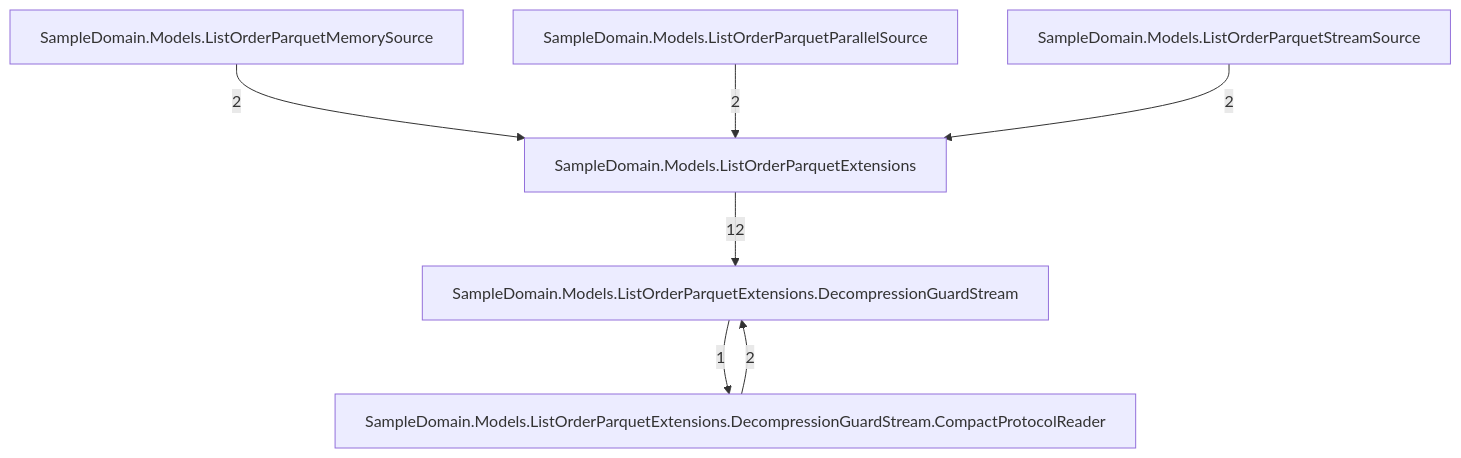
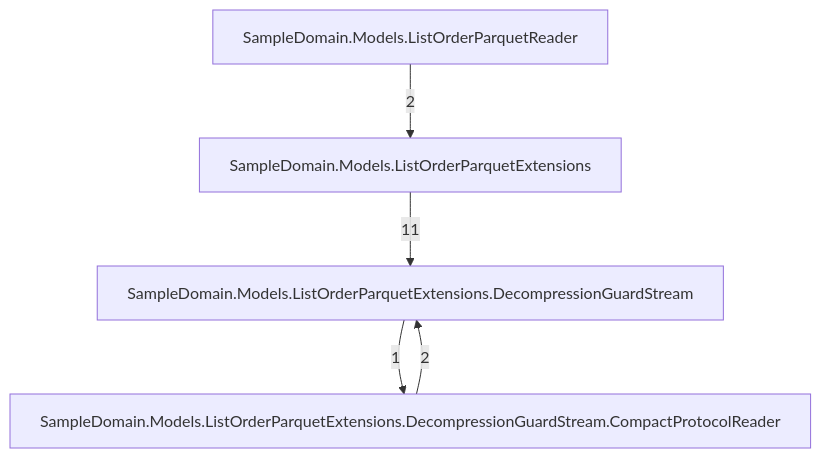
The second of 7 diagrams in docs/callgraph-generated.md (rtkelly13/Parquet.SourceGenerator), drawn with Mermaid before and after one commit. The commit also changed other lines of this file and 103 other files, not shown here.

````diff
--- a/docs/callgraph-generated.md
+++ b/docs/callgraph-generated.md
@@ -24,15 +24,11 @@
 ```mermaid
 graph TD
     tsampledomainmodelslistorderparquetextensions_046["SampleDomain.Models.ListOrderParquetExtensions"]
     tsampledomainmodelslistorderparquetextensionsdecompressionguardstream_071["SampleDomain.Models.ListOrderParquetExtensions.DecompressionGuardStream"]
     tsampledomainmodelslistorderparquetextensionsdecompressionguardstreamcompactprotocolreader_093["SampleDomain.Models.ListOrderParquetExtensions.DecompressionGuardStream.CompactProtocolReader"]
-    tsampledomainmodelslistorderparquetmemorysource_048["SampleDomain.Models.ListOrderParquetMemorySource"]
-    tsampledomainmodelslistorderparquetparallelsource_050["SampleDomain.Models.ListOrderParquetParallelSource"]
-    tsampledomainmodelslistorderparquetstreamsource_048["SampleDomain.Models.ListOrderParquetStreamSource"]
+    tsampledomainmodelslistorderparquetreader_042["SampleDomain.Models.ListOrderParquetReader"]
     tsampledomainmodelslistorderparquetextensionsdecompressionguardstreamcompactprotocolreader_093 -->|2| tsampledomainmodelslistorderparquetextensionsdecompressionguardstream_071
     tsampledomainmodelslistorderparquetextensionsdecompressionguardstream_071 -->|1| tsampledomainmodelslistorderparquetextensionsdecompressionguardstreamcompactprotocolreader_093
-    tsampledomainmodelslistorderparquetextensions_046 -->|12| tsampledomainmodelslistorderparquetextensionsdecompressionguardstream_071
-    tsampledomainmodelslistorderparquetmemorysource_048 -->|2| tsampledomainmodelslistorderparquetextensions_046
-    tsampledomainmodelslistorderparquetparallelsource_050 -->|2| tsampledomainmodelslistorderparquetextensions_046
-    tsampledomainmodelslistorderparquetstreamsource_048 -->|2| tsampledomainmodelslistorderparquetextensions_046
+    tsampledomainmodelslistorderparquetextensions_046 -->|11| tsampledomainmodelslistorderparquetextensionsdecompressionguardstream_071
+    tsampledomainmodelslistorderparquetreader_042 -->|2| tsampledomainmodelslistorderparquetextensions_046
 ```
````
